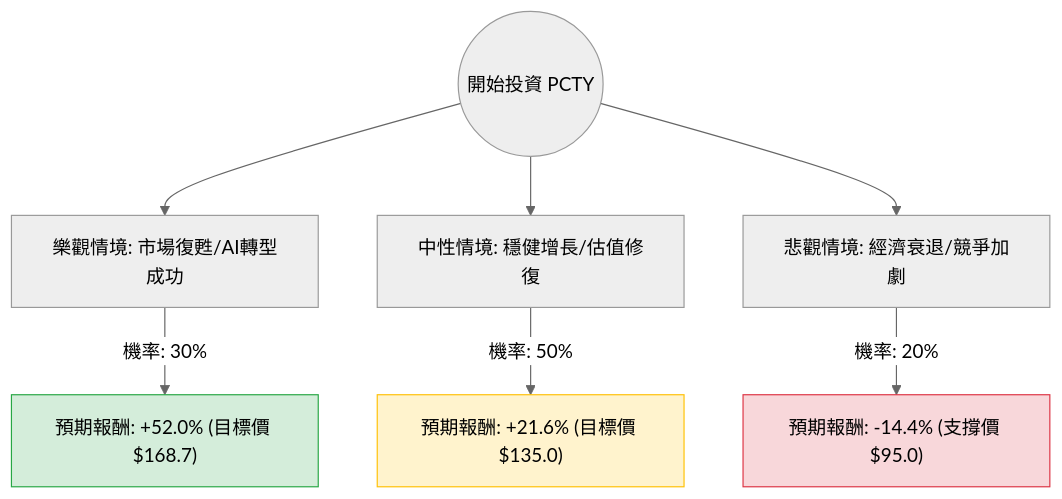
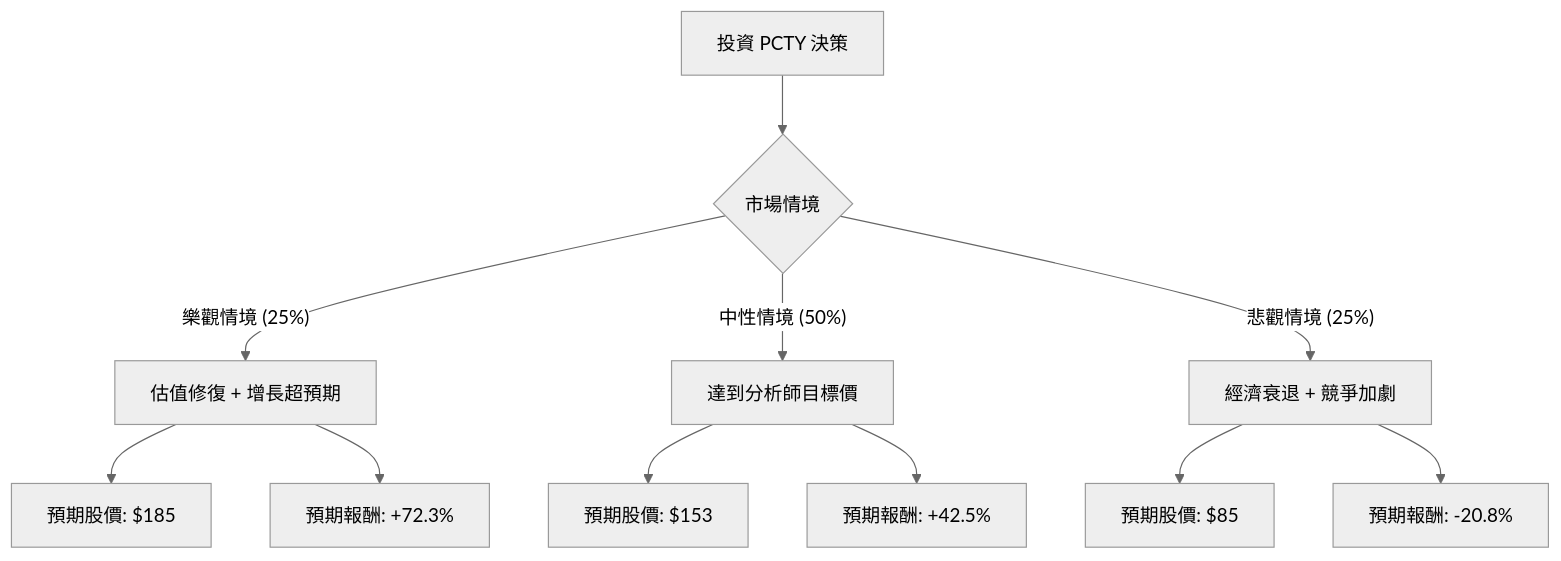
Before and after one commit to zmcx16/zmcx16.github.io: the diagram in plugin-react/ai-analysis/ev-analysis/PCTY.md, drawn with Mermaid (neutral theme). The commit also changed other lines of this file and 82 other files, not shown here.

````diff
--- a/plugin-react/ai-analysis/ev-analysis/PCTY.md
+++ b/plugin-react/ai-analysis/ev-analysis/PCTY.md
@@ -19,14 +19,17 @@
 ```mermaid
 graph TD
-    Start((開始投資 PCTY)) --> Bull[樂觀情境: 市場復甦/AI轉型成功]
-    Start --> Base[中性情境: 穩健增長/估值修復]
-    Start --> Bear[悲觀情境: 經濟衰退/競爭加劇]
+    A[投資 PCTY 決策] --> B{市場情境}
+    
+    B -- 樂觀情境 (25%) --> C[估值修復 + 增長超預期]
+    B -- 中性情境 (50%) --> D[達到分析師目標價]
+    B -- 悲觀情境 (25%) --> E[經濟衰退 + 競爭加劇]
 
-    Bull -- "機率: 30%" --> BullResult["預期報酬: +52.0% (目標價 $168.7)"]
-    Base -- "機率: 50%" --> BaseResult["預期報酬: +21.6% (目標價 $135.0)"]
-    Bear -- "機率: 20%" --> BearResult["預期報酬: -14.4% (支撐價 $95.0)"]
-
-    style BullResult fill:#d4edda,stroke:#28a745
-    style BaseResult fill:#fff3cd,stroke:#ffc107
-    style BearResult fill:#f8d7da,stroke:#dc3545
+    C --> C1[預期股價: $185]
+    C --> C2[預期報酬: +72.3%]
+    
+    D --> D1[預期股價: $153]
+    D --> D2[預期報酬: +42.5%]
+    
+    E --> E1[預期股價: $85]
+    E --> E2[預期報酬: -20.8%]
 ```
````
